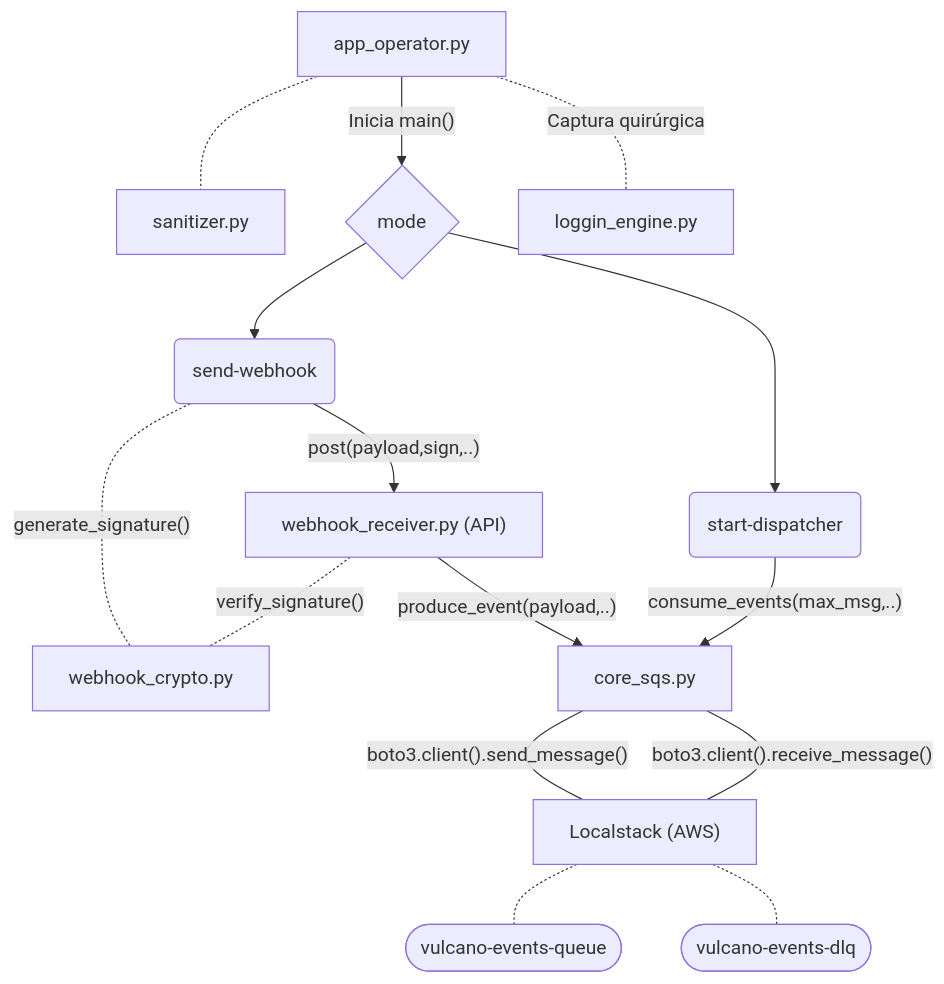
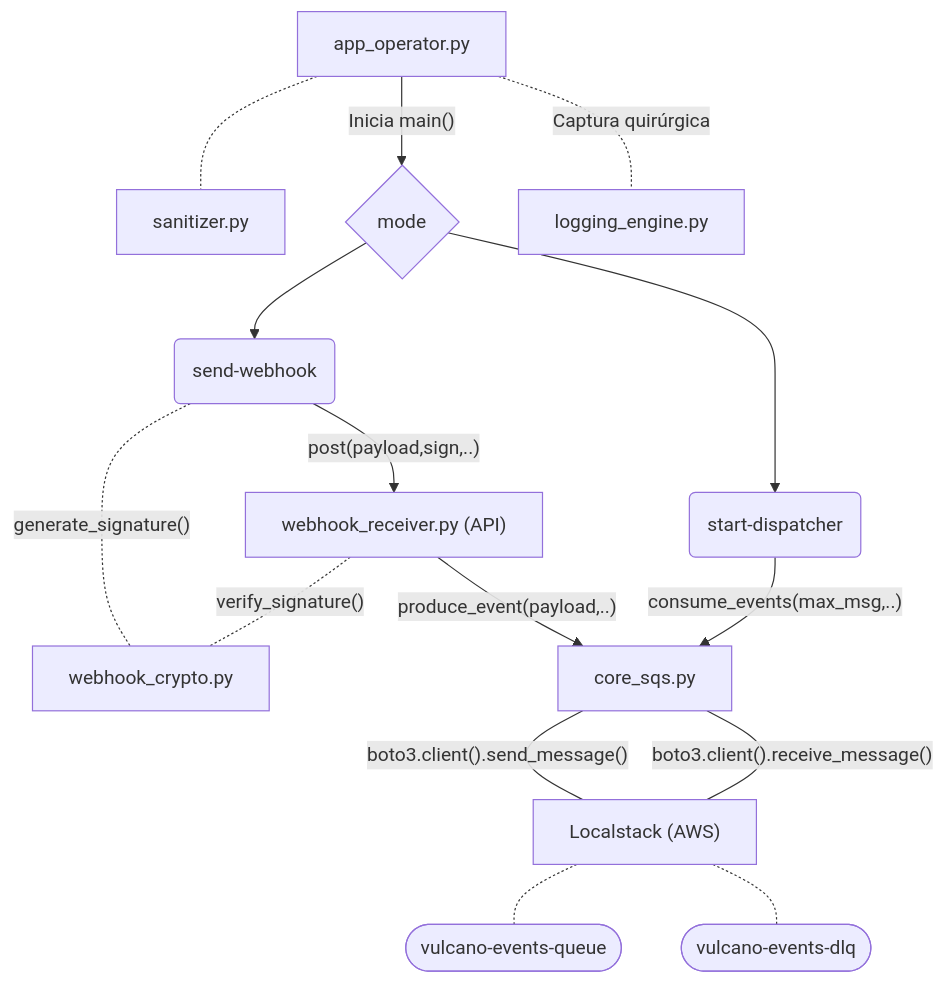
Before and after one commit to mamanicristian92/vulcano_engine: the diagram in README.md, drawn with Mermaid. The commit also changed other lines of this file, not shown here.

````diff
--- a/README.md
+++ b/README.md
@@ -199,37 +223,37 @@
 ```mermaid
 flowchart TD
     A[app_operator.py]
     A -.-| |L
     A -->|"Inicia main()"| C
     
     C{mode}
     C -->| | D
     C -->| | E
     A -.-|"Captura quirúrgica" |K
     
 
     D(send-webhook)
     D -.-|"generate_signature()" | H
     D -->|"post(payload,sign,..)" | I
     H[webhook_crypto.py]
     I["webhook_receiver.py (API)"]
     I --> |"produce_event(payload,..)" | J
     
     I -.- |"verify_signature()" | H
     J[core_sqs.py]
 
     E(start-dispatcher)
     E --> |"consume_events(max_msg,..)" | J
     
-    K[loggin_engine.py]
+    K[logging_engine.py]
     L[sanitizer.py]
 
     M["Localstack (AWS)"]
     J --- |"boto3.client().send_message()" |M
     J --- |"boto3.client().receive_message()" |M
 
     N([vulcano-events-queue])
     O([vulcano-events-dlq])
     M -.-| | N
     M -.-| | O
 ```
````
